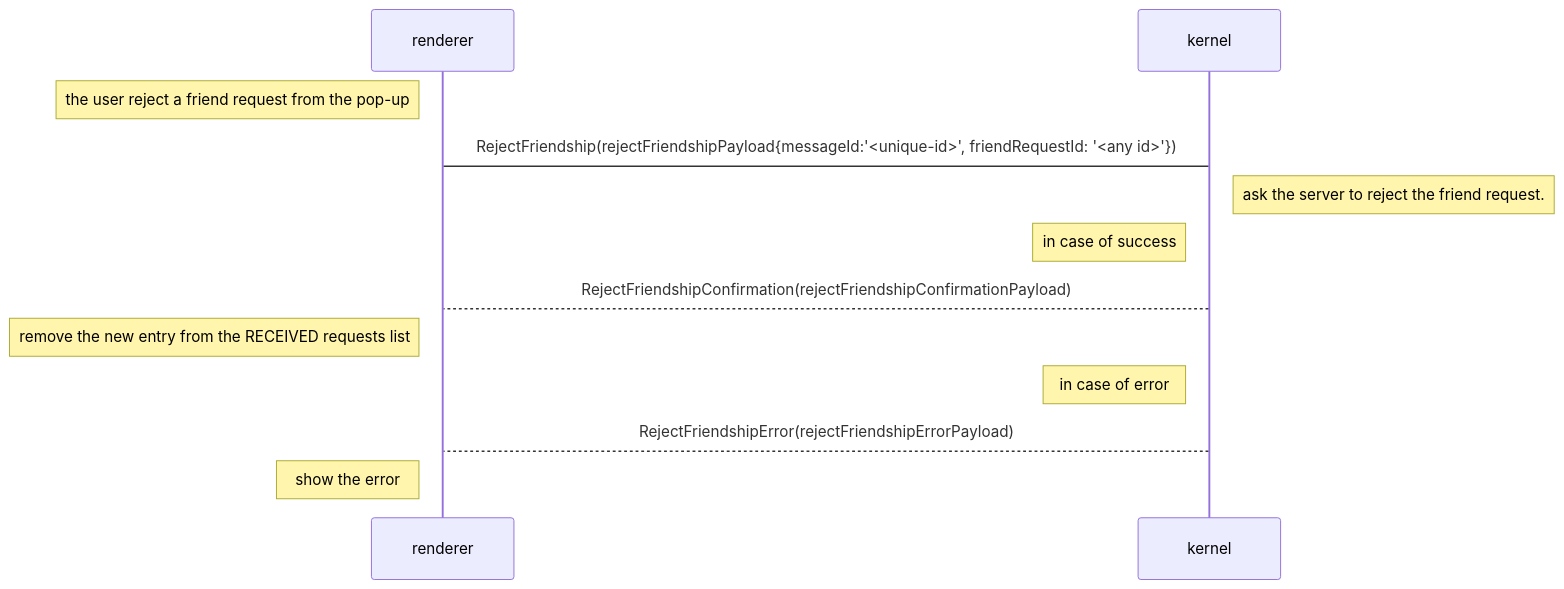
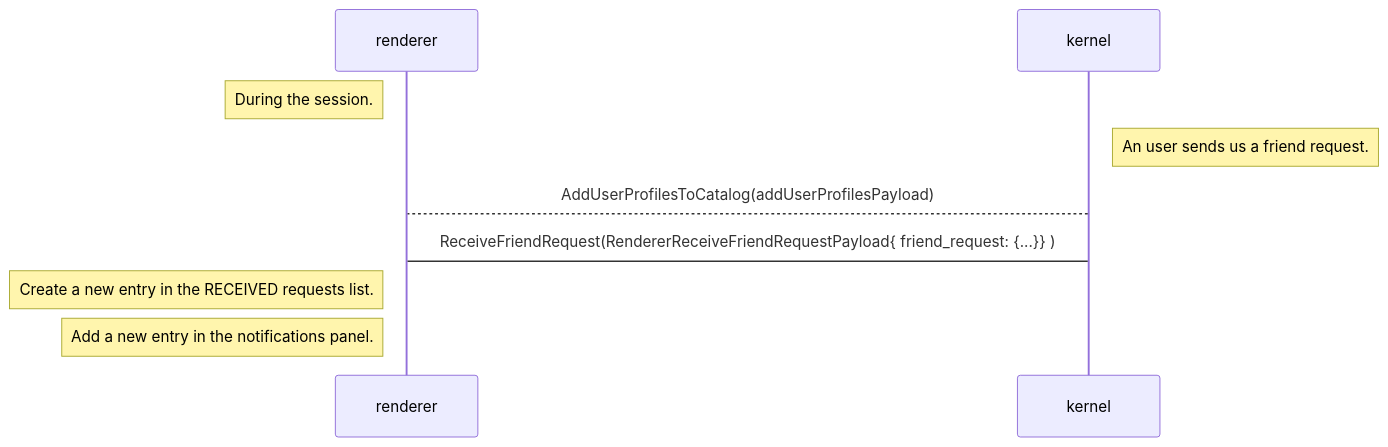
The fifth of 9 diagrams in content/ADR-137-new-friend-request.md (decentraland/adr), drawn with Mermaid before and after one commit. The commit also changed other lines of this file, not shown here.

````diff
--- a/content/ADR-137-new-friend-request.md
+++ b/content/ADR-137-new-friend-request.md
@@ -176,15 +186,12 @@
 ```mermaid
 sequenceDiagram
   participant renderer
   participant kernel
   
-note left of renderer: the user reject a friend request from the pop-up
-renderer->kernel: RejectFriendship(rejectFriendshipPayload{messageId:'<unique-id>', friendRequestId: '<any id>'})
-note right of kernel: ask the server to reject the friend request.
-note left of kernel: in case of success
-kernel-->renderer: RejectFriendshipConfirmation(rejectFriendshipConfirmationPayload)
-note left of renderer: remove the new entry from the RECEIVED requests list
-note left of kernel: in case of error
-kernel-->renderer: RejectFriendshipError(rejectFriendshipErrorPayload)
-note left of renderer: show the error
+note left of renderer: During the session.
+note right of kernel: An user sends us a friend request.
+kernel-->renderer: AddUserProfilesToCatalog(addUserProfilesPayload)
+kernel->renderer: ReceiveFriendRequest(RendererReceiveFriendRequestPayload{ friend_request: {...}} )
+note left of renderer: Create a new entry in the RECEIVED requests list.
+note left of renderer: Add a new entry in the notifications panel.
 ```
````
